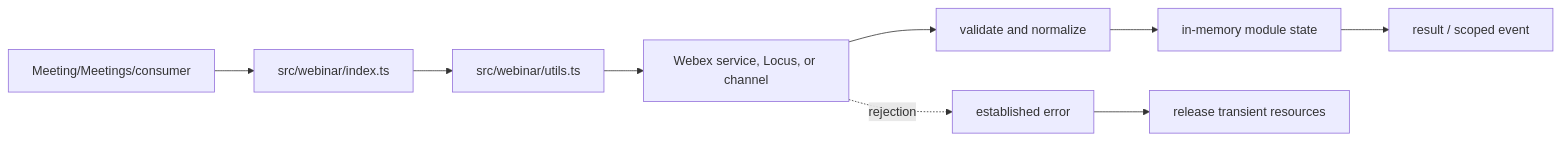
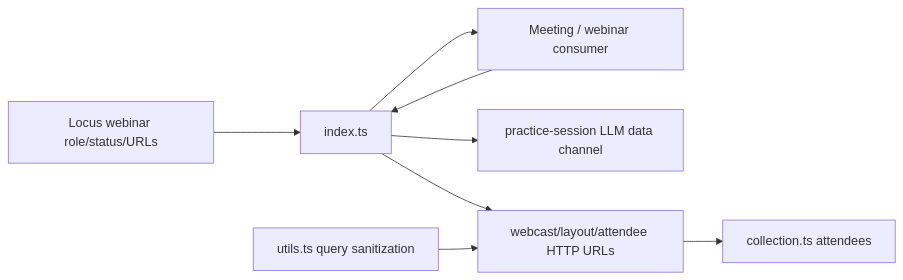
One commit to webex/webex-js-sdk changed the first of 5 diagrams in packages/@webex/plugin-meetings/src/webinar/ai-docs/webinar-spec.md. Above: the diagram before and after it, drawn with Mermaid. The commit also changed other lines of this file and 26 other files, not shown here.

````diff
--- a/packages/@webex/plugin-meetings/src/webinar/ai-docs/webinar-spec.md
+++ b/packages/@webex/plugin-meetings/src/webinar/ai-docs/webinar-spec.md
@@ -99,11 +101,10 @@
 ```mermaid
 flowchart LR
-  Caller[Meeting/Meetings/consumer] --> Entry[src/webinar/index.ts]
-  Entry --> Support[src/webinar/utils.ts]
-  Support --> Boundary[Webex service, Locus, or channel]
-  Boundary --> Normalize[validate and normalize]
-  Normalize --> State[in-memory module state]
-  State --> Output[result / scoped event]
-  Boundary -. rejection .-> Error[established error]
-  Error --> Cleanup[release transient resources]
+  Locus[Locus webinar role/status/URLs] --> Controller[index.ts]
+  Caller[Meeting / webinar consumer] --> Controller
+  Controller --> LLM[practice-session LLM data channel]
+  Controller --> Service[webcast/layout/attendee HTTP URLs]
+  Service --> Collection[collection.ts attendees]
+  Utils[utils.ts query sanitization] --> Service
+  Controller --> Caller
 ```
````
